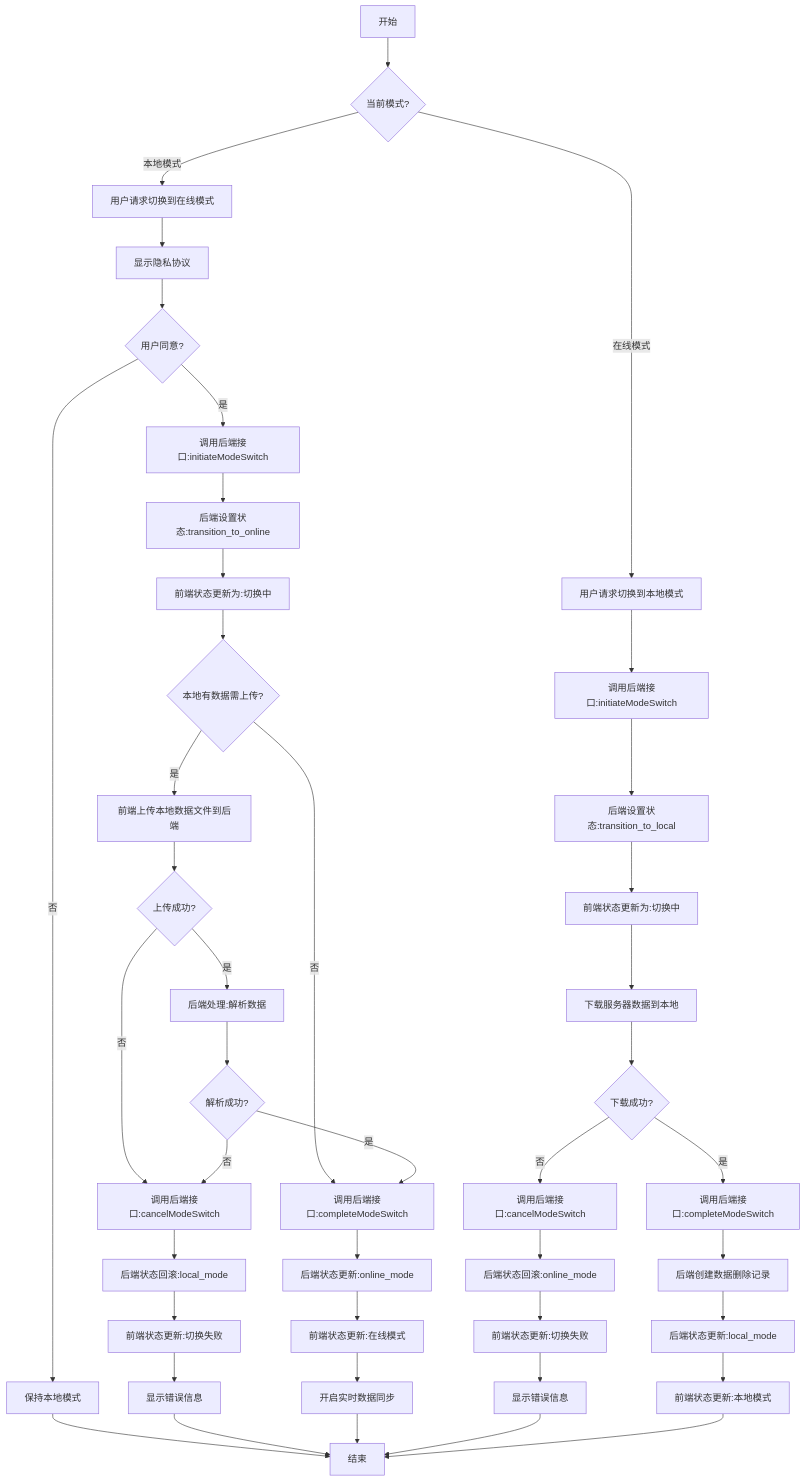
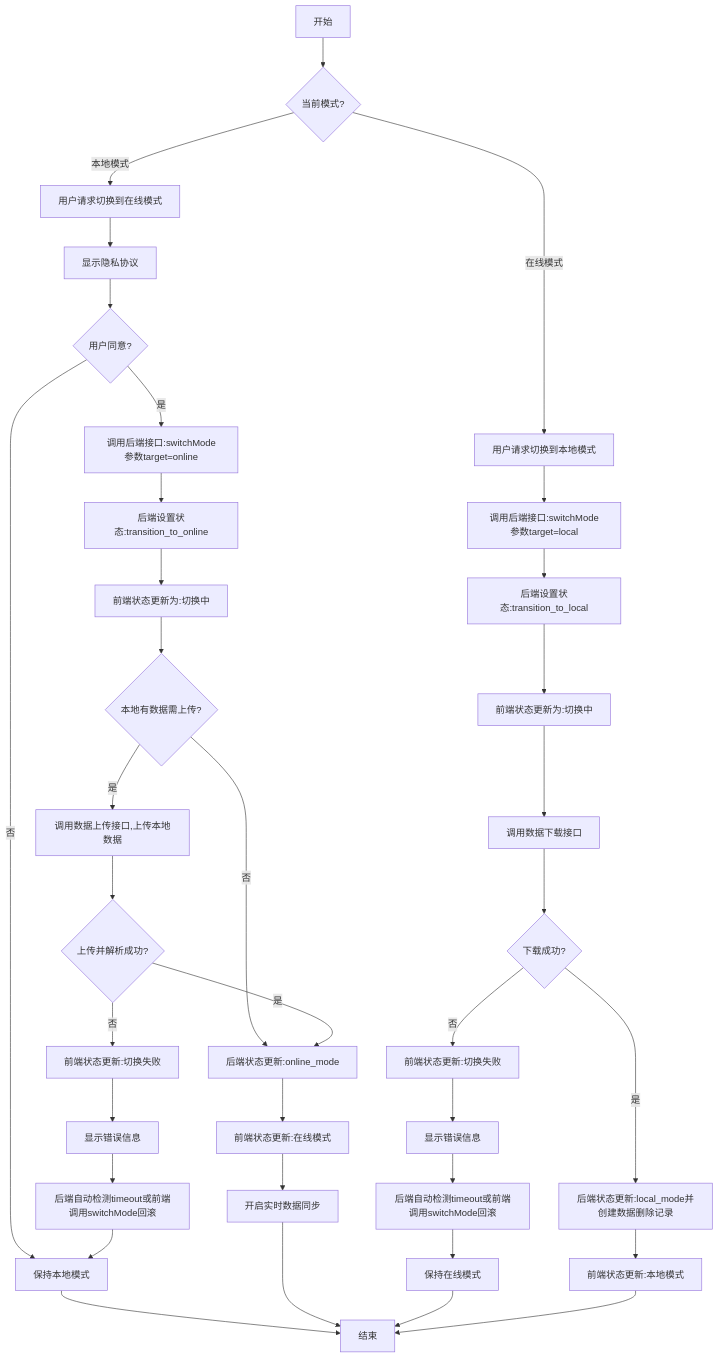
Before and after one commit to yingjianzh/iodraw-files: the diagram in all/未命名-58.md, drawn with Mermaid.

Commit message:
2025-05-14 10:29:57 update

````diff
--- a/all/未命名-58.md
+++ b/all/未命名-58.md
@@ -1,56 +1,48 @@
 ```mermaid
 flowchart TD
     A[开始] --> B{当前模式?}
     
     %% 本地模式转在线模式
     B -->|本地模式| C[用户请求切换到在线模式]
     C --> D[显示隐私协议]
     D --> E{用户同意?}
     E -->|否| F[保持本地模式]
     F --> Z[结束]
     
-    E -->|是| G[调用后端接口:initiateModeSwitch]
+    E -->|是| G[调用后端接口:switchMode参数target=online]
     G --> H[后端设置状态:transition_to_online]
     H --> I[前端状态更新为:切换中]
     
     I --> J{本地有数据需上传?}
-    J -->|否| K[调用后端接口:completeModeSwitch]
+    J -->|否| T
     
-    J -->|是| L[前端上传本地数据文件到后端]
-    L --> M{上传成功?}
-    M -->|否| N[调用后端接口:cancelModeSwitch]
-    N --> O[后端状态回滚:local_mode]
-    O --> P[前端状态更新:切换失败]
-    P --> Q[显示错误信息]
-    Q --> Z
+    J -->|是| L[调用数据上传接口,上传本地数据]
+    L --> M{上传并解析成功?}
+    M -->|否| O[前端状态更新:切换失败]
+    O --> P[显示错误信息]
+    P --> Q[后端自动检测timeout或前端调用switchMode回滚]
+    Q --> F
     
-    M -->|是| R[后端处理:解析数据]
-    R --> S{解析成功?}
-    S -->|否| N
-    
-    S -->|是| K[调用后端接口:completeModeSwitch]
-    K --> T[后端状态更新:online_mode]
+    M -->|是| T[后端状态更新:online_mode]
     T --> U[前端状态更新:在线模式]
     U --> V[开启实时数据同步]
     V --> Z
     
     %% 在线模式转本地模式
     B -->|在线模式| W[用户请求切换到本地模式]
-    W --> X[调用后端接口:initiateModeSwitch]
+    W --> X[调用后端接口:switchMode参数target=local]
     X --> Y[后端设置状态:transition_to_local]
     Y --> AA[前端状态更新为:切换中]
     
-    AA --> AB[下载服务器数据到本地]
+    AA --> AB[调用数据下载接口]
     AB --> AC{下载成功?}
-    AC -->|否| AD[调用后端接口:cancelModeSwitch]
-    AD --> AE[后端状态回滚:online_mode]
-    AE --> AF[前端状态更新:切换失败]
-    AF --> AG[显示错误信息]
-    AG --> Z
+    AC -->|否| AE[前端状态更新:切换失败]
+    AE --> AF[显示错误信息]
+    AF --> AG[后端自动检测timeout或前端调用switchMode回滚]
+    AG --> AH[保持在线模式]
+    AH --> Z
     
-    AC -->|是| AH[调用后端接口:completeModeSwitch]
-    AH --> AI[后端创建数据删除记录]
-    AI --> AJ[后端状态更新:local_mode]
-    AJ --> AK[前端状态更新:本地模式]
-    AK --> Z
+    AC -->|是| AI[后端状态更新:local_mode并创建数据删除记录]
+    AI --> AJ[前端状态更新:本地模式]
+    AJ --> Z
 ```
````
